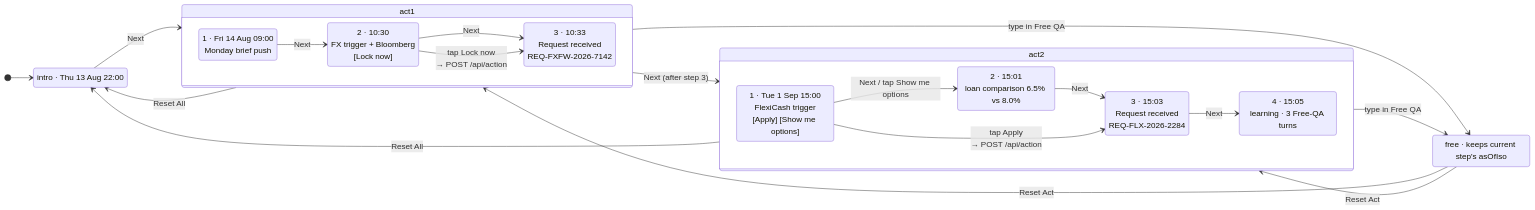
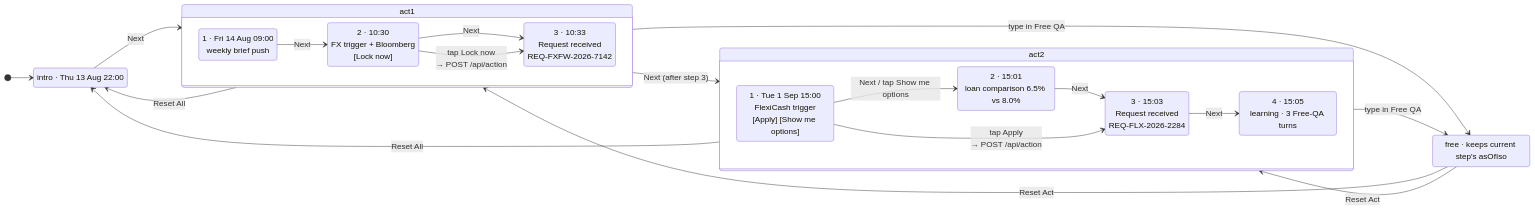
The third of 4 diagrams in docs/01-code-map-and-integration-seams.md (ipark399/hanisa-ai), drawn with Mermaid before and after one commit. The commit also changed other lines of this file and 2 other files, not shown here.

````diff
--- a/docs/01-code-map-and-integration-seams.md
+++ b/docs/01-code-map-and-integration-seams.md
@@ -466,36 +484,36 @@
 ```mermaid
 %%{init: {"themeVariables": {"fontSize": "18px"}}}%%
 stateDiagram-v2
   direction LR
   [*] --> intro
   state "intro · Thu 13 Aug 22:00" as intro
   state "act1" as act1 {
     direction LR
-    a1s1: 1 · Fri 14 Aug 09:00<br/>Monday brief push
+    a1s1: 1 · Fri 14 Aug 09:00<br/>weekly brief push
     a1s2: 2 · 10:30<br/>FX trigger + Bloomberg<br/>[Lock now]
     a1s3: 3 · 10:33<br/>Request received<br/>REQ-FXFW-2026-7142
     a1s1 --> a1s2: Next
     a1s2 --> a1s3: Next
     a1s2 --> a1s3: tap Lock now<br/>→ POST /api/action
   }
   state "act2" as act2 {
     direction LR
     a2s1: 1 · Tue 1 Sep 15:00<br/>FlexiCash trigger<br/>[Apply] [Show me options]
     a2s2: 2 · 15:01<br/>loan comparison 6.5% vs 8.0%
     a2s3: 3 · 15:03<br/>Request received<br/>REQ-FLX-2026-2284
     a2s4: 4 · 15:05<br/>learning · 3 Free-QA turns
     a2s1 --> a2s2: Next / tap Show me options
     a2s2 --> a2s3: Next
     a2s1 --> a2s3: tap Apply<br/>→ POST /api/action
     a2s3 --> a2s4: Next
   }
   intro --> act1: Next
   act1 --> act2: Next (after step 3)
   act1 --> free: type in Free QA
   act2 --> free: type in Free QA
   state "free · keeps current step's asOfIso" as free
   free --> act1: Reset Act
   free --> act2: Reset Act
   act2 --> intro: Reset All
   act1 --> intro: Reset All
 ```
````
